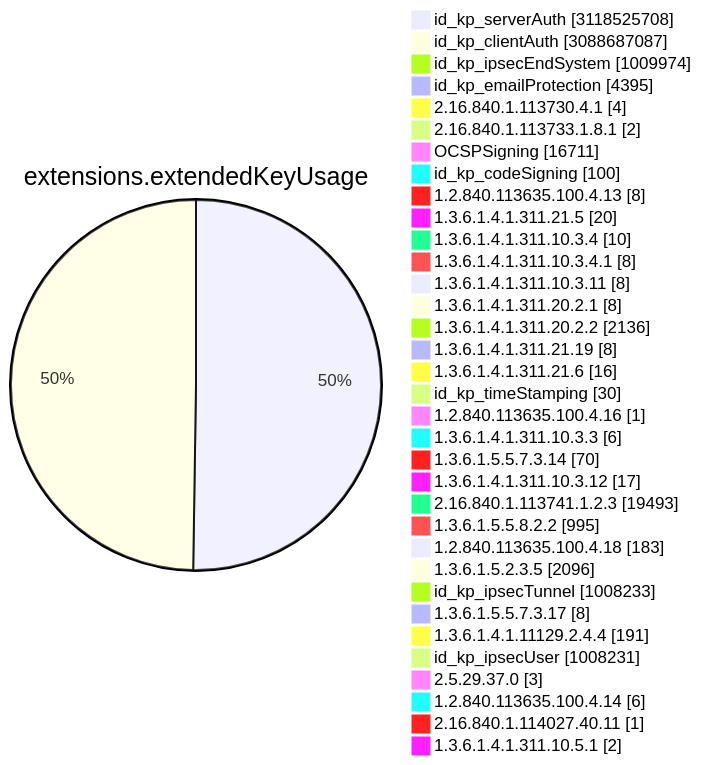
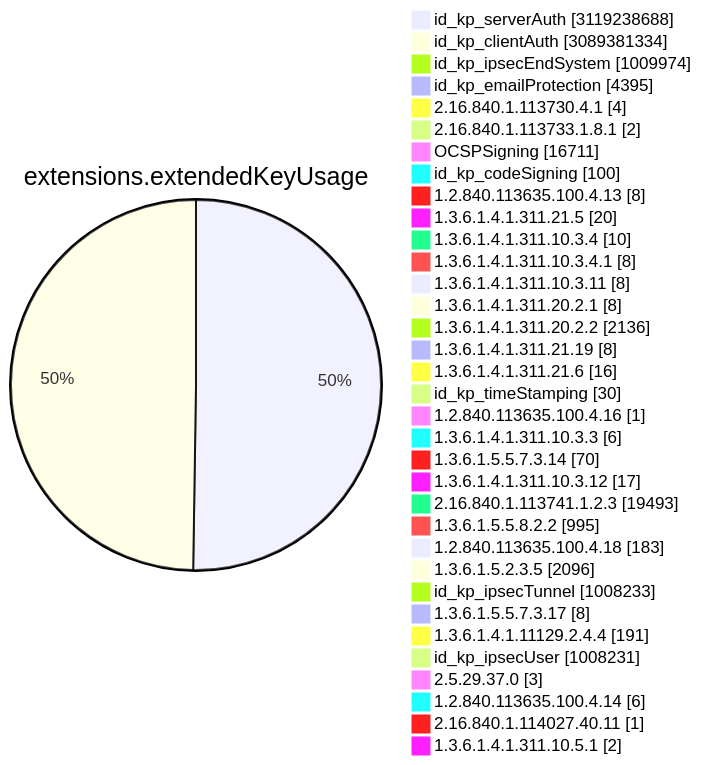
Diagram 11 of 15 in TOTAL/README.md (christiankrug/ctmonitor_visualization), drawn with Mermaid before and after one commit. The commit also changed other lines of this file, not shown here.

````diff
--- a/TOTAL/README.md
+++ b/TOTAL/README.md
@@ -4119,38 +4119,38 @@
 ```mermaid
 pie showData
 title extensions.extendedKeyUsage
-"id_kp_serverAuth" :3118525708
-"id_kp_clientAuth" :3088687087
+"id_kp_serverAuth" :3119238688
+"id_kp_clientAuth" :3089381334
 "id_kp_ipsecEndSystem" :1009974
 "id_kp_emailProtection" :4395
 "2.16.840.1.113730.4.1" :4
 "2.16.840.1.113733.1.8.1" :2
 "OCSPSigning" :16711
 "id_kp_codeSigning" :100
 "1.2.840.113635.100.4.13" :8
 "1.3.6.1.4.1.311.21.5" :20
 "1.3.6.1.4.1.311.10.3.4" :10
 "1.3.6.1.4.1.311.10.3.4.1" :8
 "1.3.6.1.4.1.311.10.3.11" :8
 "1.3.6.1.4.1.311.20.2.1" :8
 "1.3.6.1.4.1.311.20.2.2" :2136
 "1.3.6.1.4.1.311.21.19" :8
 "1.3.6.1.4.1.311.21.6" :16
 "id_kp_timeStamping" :30
 "1.2.840.113635.100.4.16" :1
 "1.3.6.1.4.1.311.10.3.3" :6
 "1.3.6.1.5.5.7.3.14" :70
 "1.3.6.1.4.1.311.10.3.12" :17
 "2.16.840.1.113741.1.2.3" :19493
 "1.3.6.1.5.5.8.2.2" :995
 "1.2.840.113635.100.4.18" :183
 "1.3.6.1.5.2.3.5" :2096
 "id_kp_ipsecTunnel" :1008233
 "1.3.6.1.5.5.7.3.17" :8
 "1.3.6.1.4.1.11129.2.4.4" :191
 "id_kp_ipsecUser" :1008231
 "2.5.29.37.0" :3
 "1.2.840.113635.100.4.14" :6
 "2.16.840.1.114027.40.11" :1
 "1.3.6.1.4.1.311.10.5.1" :2
 ```
````
